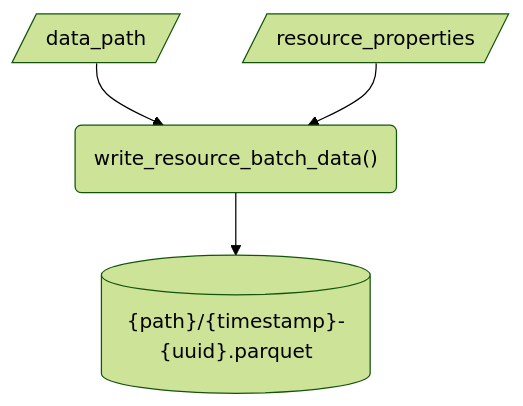
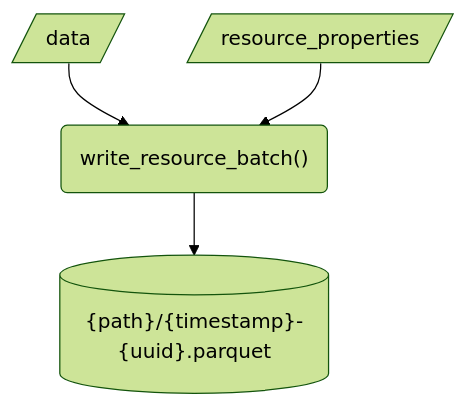
The fifth of 10 diagrams in docs/design/interface/functions.qmd (seedcase-project/seedcase-sprout), drawn with Mermaid (forest theme) before and after one commit. The commit also changed other lines of this file and 1 other file, not shown here.

Commit message:
docs: :building_construction: updates to match pseudocode and flows

````diff
--- a/docs/design/interface/functions.qmd
+++ b/docs/design/interface/functions.qmd
@@ -140,10 +140,10 @@
 ```{mermaid}
 flowchart
-    in_data_path[/data_path/]
+    in_data[/data/]
     in_properties[/resource_properties/]
-    function("write_resource_batch_data()")
+    function("write_resource_batch()")
     out[("{path}/{timestamp}-{uuid}.parquet")]
-    in_data_path --> function
+    in_data --> function
     in_properties --> function
     function --> out
 ```
````
